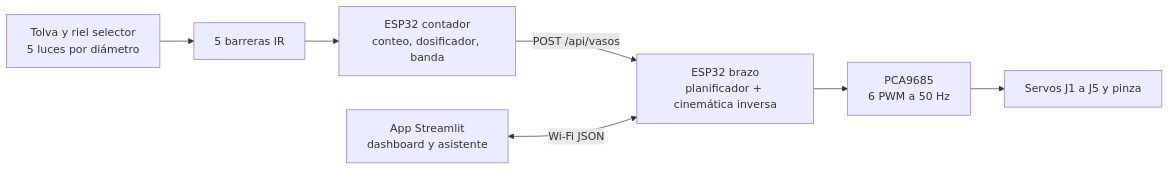
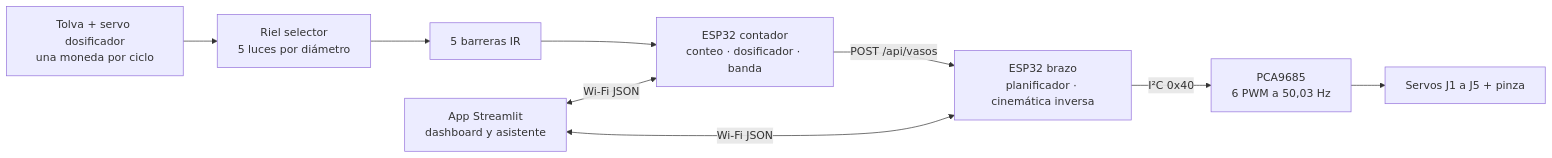
Before and after one commit to Johan-C777/coin-sorting-robot-pybullet: the first of 2 diagrams in README.md, drawn with Mermaid. The commit also changed other lines of this file, not shown here.

````diff
--- a/README.md
+++ b/README.md
@@ -27,14 +53,17 @@
 ```mermaid
 flowchart LR
-    TOL["Tolva y riel selector<br/>5 luces por diámetro"]
+    TOL["Tolva + servo dosificador<br/>una moneda por ciclo"]
+    RIEL["Riel selector<br/>5 luces por diámetro"]
     IR["5 barreras IR"]
-    C["ESP32 contador<br/>conteo, dosificador, banda"]
-    B["ESP32 brazo<br/>planificador + cinemática inversa"]
-    PCA["PCA9685<br/>6 PWM a 50 Hz"]
+    C["ESP32 contador<br/>conteo · dosificador · banda"]
+    B["ESP32 brazo<br/>planificador · cinemática inversa"]
+    PCA["PCA9685<br/>6 PWM a 50,03 Hz"]
+    SRV["Servos J1 a J5 + pinza"]
     APP["App Streamlit<br/>dashboard y asistente"]
 
-    TOL --> IR --> C
+    TOL --> RIEL --> IR --> C
     C -->|"POST /api/vasos"| B
+    APP <-->|"Wi-Fi JSON"| C
     APP <-->|"Wi-Fi JSON"| B
-    B --> PCA --> SRV["Servos J1 a J5 y pinza"]
+    B -->|"I²C 0x40"| PCA --> SRV
 ```
````
